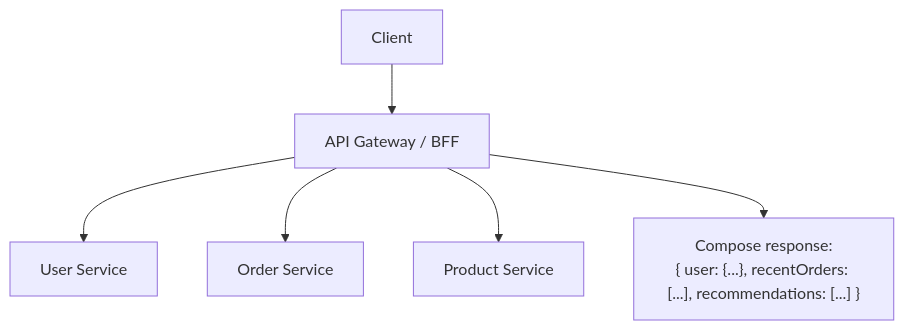
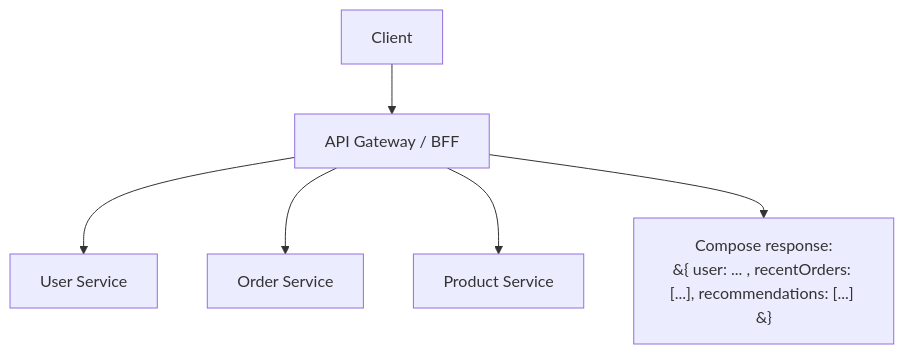
Before and after one commit to vladiant/vladiant: diagram 14 of 21 in software_architecture/16_service_composition_orchestration.md, drawn with Mermaid. The commit also changed 4 other files, not shown here.

Commit message:
Fix mermaid diagram rendering

````diff
--- a/software_architecture/16_service_composition_orchestration.md
+++ b/software_architecture/16_service_composition_orchestration.md
@@ -424,10 +424,10 @@
 ```mermaid
 graph TB
     CLIENT[Client] --> GW[API Gateway / BFF]
     
     GW --> S1[User Service]
     GW --> S2[Order Service]
     GW --> S3[Product Service]
     
-    GW --> RESPONSE["Compose response:<br/>{ user: {...}, recentOrders: [...], recommendations: [...] }"]
+    GW --> RESPONSE["Compose response:<br/>&#123; user: ... , recentOrders: [...], recommendations: [...] &#125;"]
 ```
````
